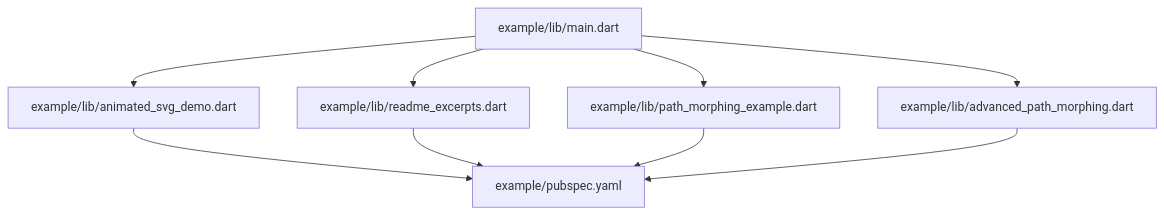
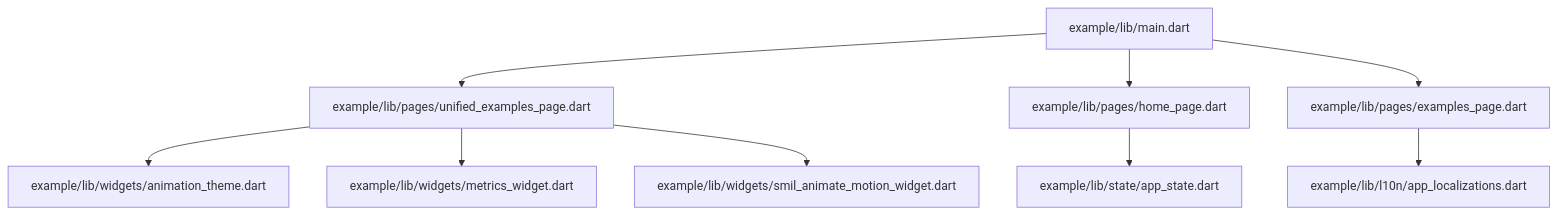
Before and after one commit to denisnadey/flutter_full_svg_support: the seventh of 8 diagrams in .qoder/repowiki/en/content/Examples and Tutorials.md, drawn with Mermaid. The commit also changed other lines of this file and 8 other files, not shown here.

````diff
--- a/.qoder/repowiki/en/content/Examples and Tutorials.md
+++ b/.qoder/repowiki/en/content/Examples and Tutorials.md
@@ -287,11 +386,11 @@
 ```mermaid
 graph TB
-M["example/lib/main.dart"] --> A["example/lib/animated_svg_demo.dart"]
-M --> R["example/lib/readme_excerpts.dart"]
-M --> P1["example/lib/path_morphing_example.dart"]
-M --> P2["example/lib/advanced_path_morphing.dart"]
-A --> Pub["example/pubspec.yaml"]
-R --> Pub
-P1 --> Pub
-P2 --> Pub
+M["example/lib/main.dart"] --> UE["example/lib/pages/unified_examples_page.dart"]
+M --> HP["example/lib/pages/home_page.dart"]
+M --> EP["example/lib/pages/examples_page.dart"]
+UE --> AT["example/lib/widgets/animation_theme.dart"]
+UE --> MW["example/lib/widgets/metrics_widget.dart"]
+UE --> SMW["example/lib/widgets/smil_animate_motion_widget.dart"]
+HP --> AS["example/lib/state/app_state.dart"]
+EP --> AL["example/lib/l10n/app_localizations.dart"]
 ```
````
